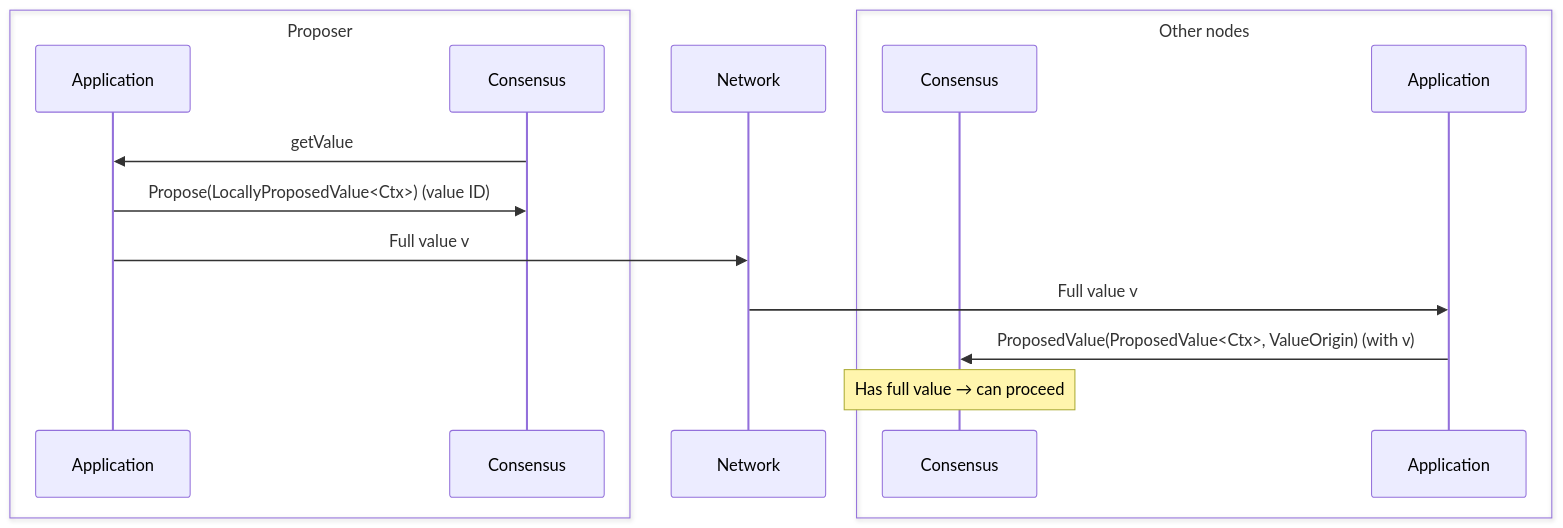
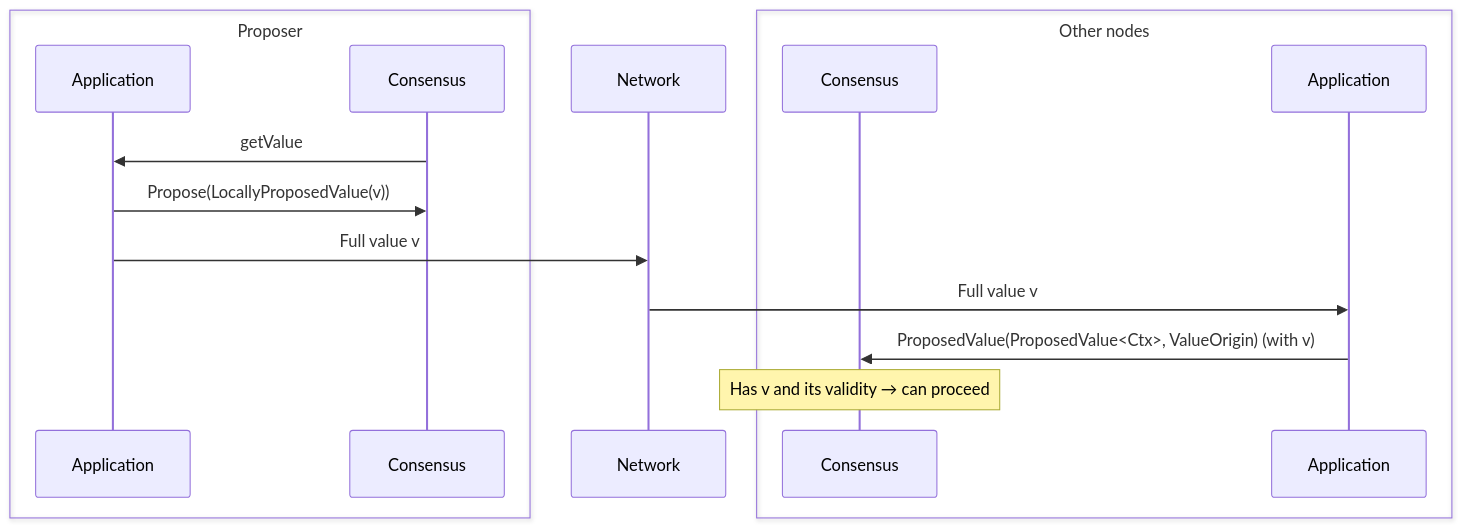
One commit to circlefin/malachite changed the third of 3 diagrams in docs/architecture/adr-003-values-propagation.md. Above: the diagram before and after it, drawn with Mermaid. The commit also changed other lines of this file, not shown here.

Commit message:
Use V and v, fix diagrams, add some app requirements

````diff
--- a/docs/architecture/adr-003-values-propagation.md
+++ b/docs/architecture/adr-003-values-propagation.md
@@ -202,24 +217,24 @@
 ```mermaid
 sequenceDiagram
     box Proposer
       participant A1 as Application
       participant C1 as Consensus
     end
 
     participant N as Network
 
     box Other nodes
       participant C2 as Consensus
       participant A2 as Application
     end
 
     C1->>A1: getValue
-    A1->>C1: Propose(LocallyProposedValue<Ctx>) (value ID)
+    A1->>C1: Propose(LocallyProposedValue(v))
     
     A1->>N: Full value v
     N->>A2: Full value v
 
     A2->>C2: ProposedValue(ProposedValue<Ctx>, ValueOrigin) (with v)
 
-    Note over C2: Has full value → can proceed
+    Note over C2: Has v and its validity → can proceed
 ```
````
